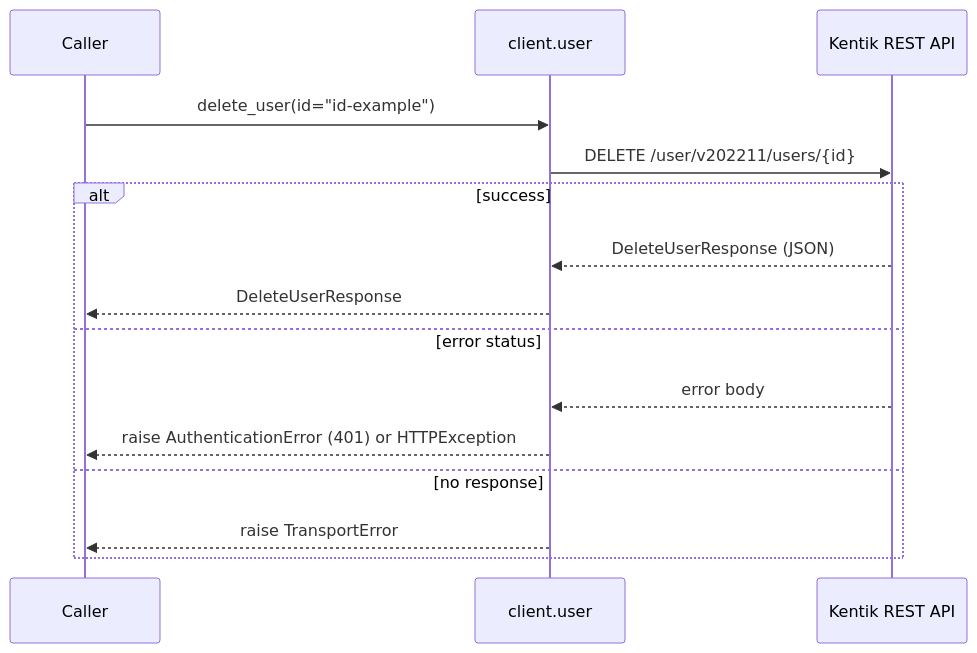
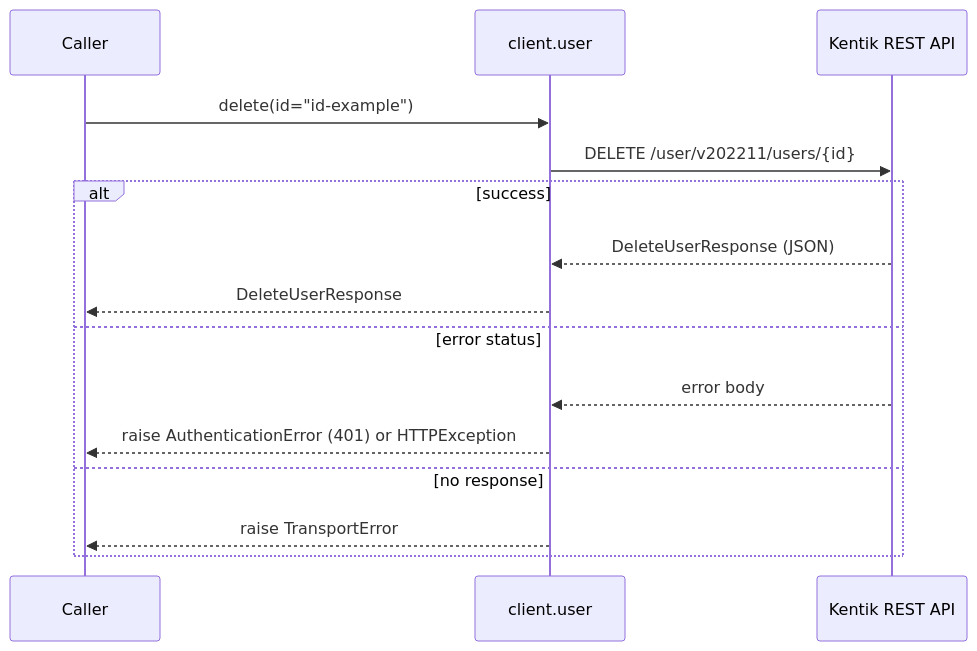
One commit to alexdearaujo/community_sdk_python changed the tenth of 16 diagrams in docs/sphinx/services/user.md. Above: the diagram before and after it, drawn with Mermaid. The commit also changed other lines of this file and 119 other files, not shown here.

````diff
--- a/docs/sphinx/services/user.md
+++ b/docs/sphinx/services/user.md
@@ -338,18 +338,18 @@
 ```mermaid
 sequenceDiagram
     participant C as Caller
     participant W as client.user
     participant API as Kentik REST API
 
-    C->>W: delete_user(id="id-example")
+    C->>W: delete(id="id-example")
     W->>API: DELETE /user/v202211/users/{id}
     alt success
         API-->>W: DeleteUserResponse (JSON)
         W-->>C: DeleteUserResponse
     else error status
         API-->>W: error body
         W-->>C: raise AuthenticationError (401) or HTTPException
     else no response
         W-->>C: raise TransportError
     end
 ```
````
